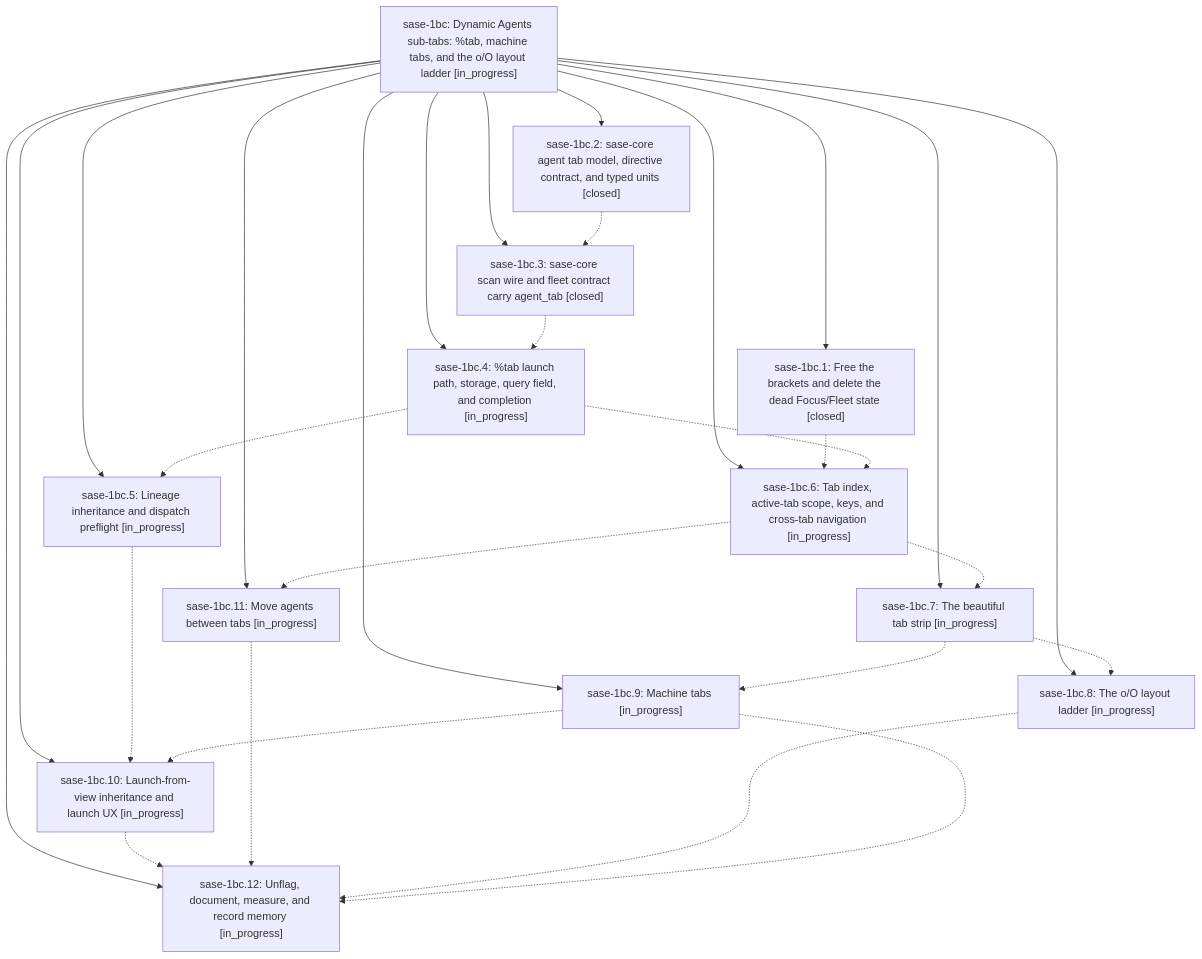
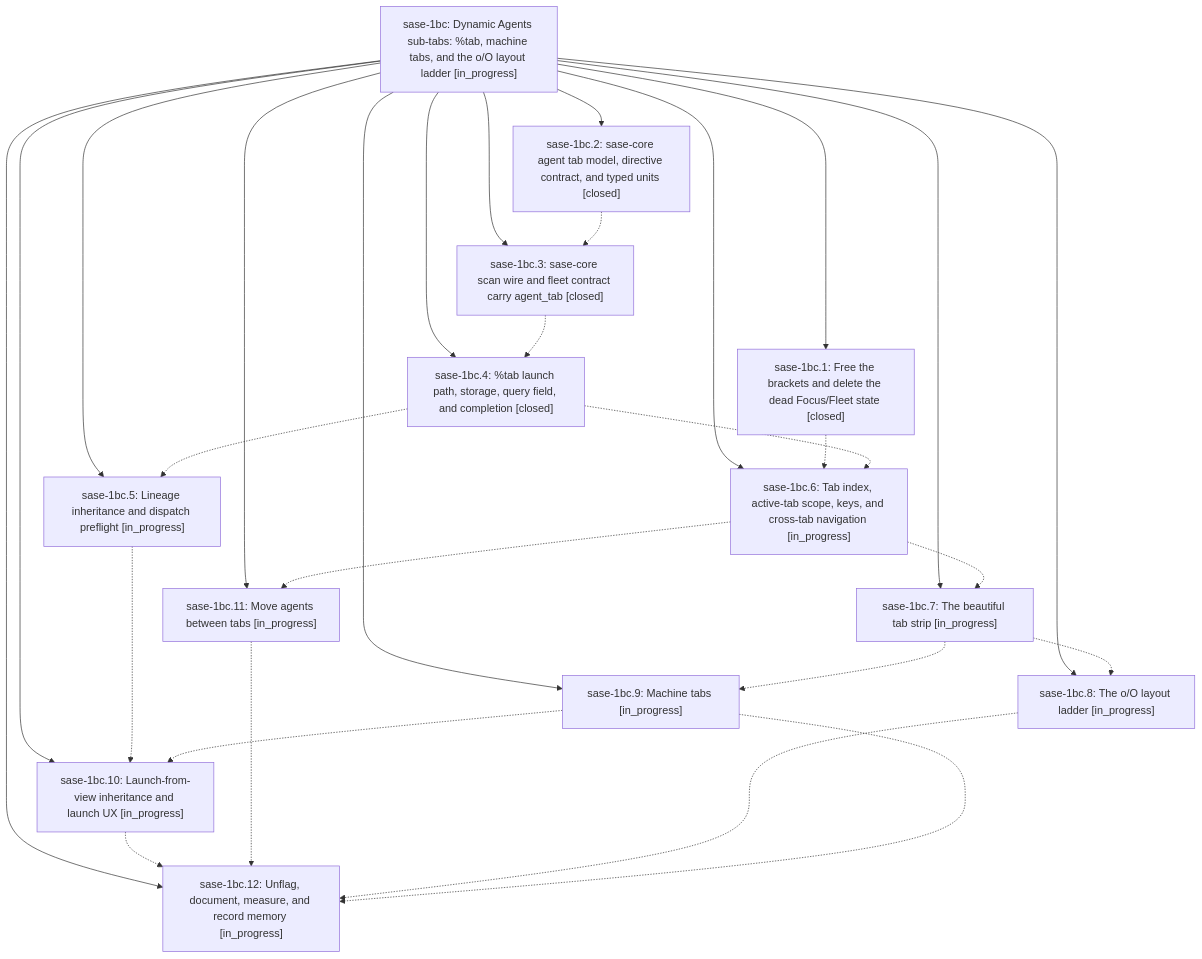
The diagram in pages/sase-1bc/README.md (sase-org/sase--beads), drawn with Mermaid before and after one commit. The commit also changed other lines of this file and 12 other files, not shown here.

````diff
--- a/pages/sase-1bc/README.md
+++ b/pages/sase-1bc/README.md
@@ -45,43 +45,43 @@
 ```mermaid
 flowchart TD
     n0["sase-1bc: Dynamic Agents sub-tabs: %tab, machine tabs, and the o/O layout ladder [in_progress]"]
     n1["sase-1bc.1: Free the brackets and delete the dead Focus/Fleet state [closed]"]
     n2["sase-1bc.10: Launch-from-view inheritance and launch UX [in_progress]"]
     n3["sase-1bc.11: Move agents between tabs [in_progress]"]
     n4["sase-1bc.12: Unflag, document, measure, and record memory [in_progress]"]
     n5["sase-1bc.2: sase-core agent tab model, directive contract, and typed units [closed]"]
     n6["sase-1bc.3: sase-core scan wire and fleet contract carry agent_tab [closed]"]
-    n7["sase-1bc.4: %tab launch path, storage, query field, and completion [in_progress]"]
+    n7["sase-1bc.4: %tab launch path, storage, query field, and completion [closed]"]
     n8["sase-1bc.5: Lineage inheritance and dispatch preflight [in_progress]"]
     n9["sase-1bc.6: Tab index, active-tab scope, keys, and cross-tab navigation [in_progress]"]
     n10["sase-1bc.7: The beautiful tab strip [in_progress]"]
     n11["sase-1bc.8: The o/O layout ladder [in_progress]"]
     n12["sase-1bc.9: Machine tabs [in_progress]"]
     n0 --> n1
     n0 --> n2
     n0 --> n3
     n0 --> n4
     n0 --> n5
     n0 --> n6
     n0 --> n7
     n0 --> n8
     n0 --> n9
     n0 --> n10
     n0 --> n11
     n0 --> n12
     n1 -.-> n9
     n2 -.-> n4
     n3 -.-> n4
     n5 -.-> n6
     n6 -.-> n7
     n7 -.-> n8
     n7 -.-> n9
     n8 -.-> n2
     n9 -.-> n3
     n9 -.-> n10
     n10 -.-> n11
     n10 -.-> n12
     n11 -.-> n4
     n12 -.-> n2
     n12 -.-> n4
 ```
````
